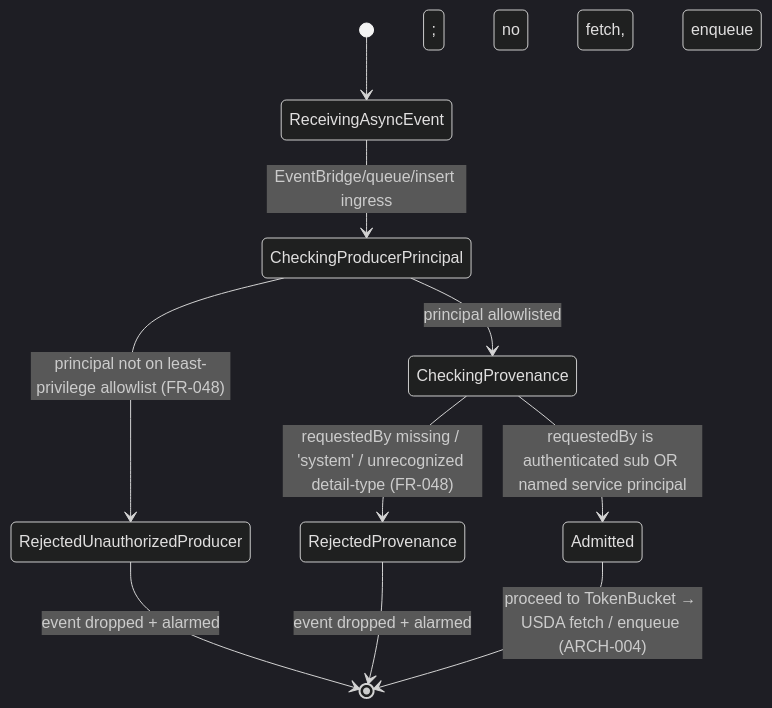
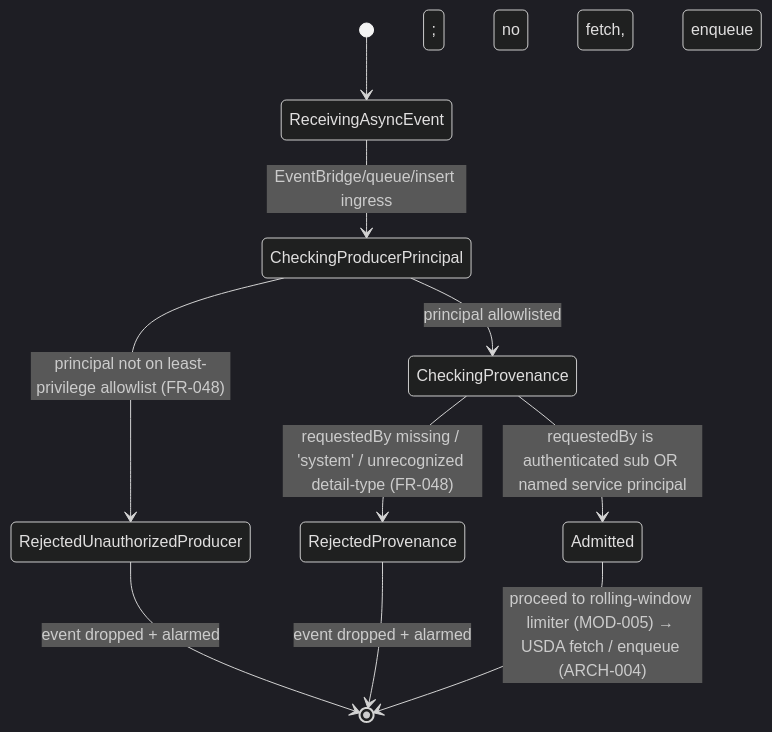
The eighth of 8 diagrams in specs/003-usda-food-data/v-model/module-design.md (radicle-co/KitchenSink), drawn with Mermaid (dark theme) before and after one commit. The commit also changed other lines of this file and 14 other files, not shown here.

````diff
--- a/specs/003-usda-food-data/v-model/module-design.md
+++ b/specs/003-usda-food-data/v-model/module-design.md
@@ -1329,12 +1416,12 @@
 ```mermaid
 stateDiagram-v2
   [*] --> ReceivingAsyncEvent
   ReceivingAsyncEvent --> CheckingProducerPrincipal : EventBridge/queue/insert ingress
   CheckingProducerPrincipal --> RejectedUnauthorizedProducer : principal not on least-privilege allowlist (FR-048)
   CheckingProducerPrincipal --> CheckingProvenance : principal allowlisted
   CheckingProvenance --> RejectedProvenance : requestedBy missing / 'system' / unrecognized detail-type (FR-048)
   CheckingProvenance --> Admitted : requestedBy is authenticated sub OR named service principal
-  Admitted --> [*] : proceed to TokenBucket → USDA fetch / enqueue (ARCH-004)
+  Admitted --> [*] : proceed to rolling-window limiter (MOD-005) → USDA fetch / enqueue (ARCH-004)
   RejectedUnauthorizedProducer --> [*] : event dropped + alarmed; no fetch, no enqueue
   RejectedProvenance --> [*] : event dropped + alarmed; no fetch, no enqueue
 ```
````
